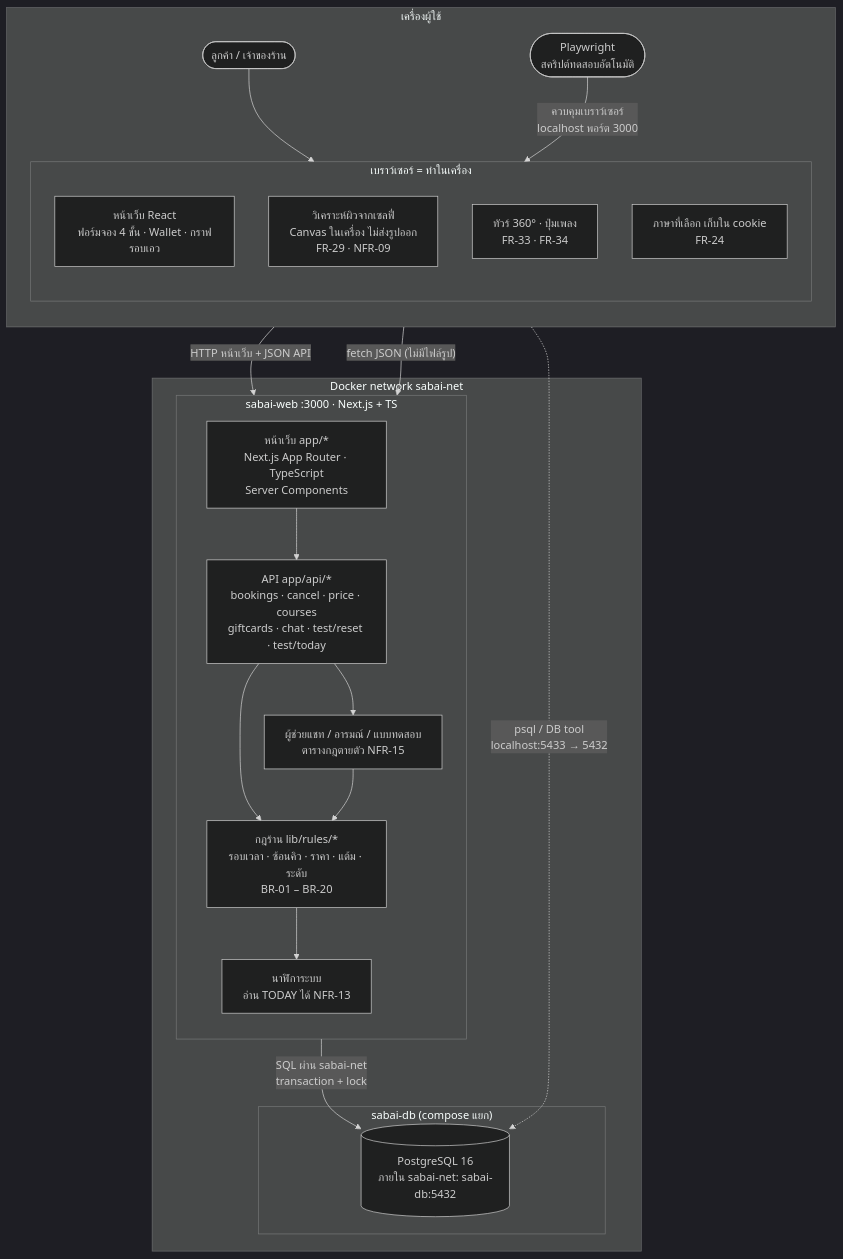
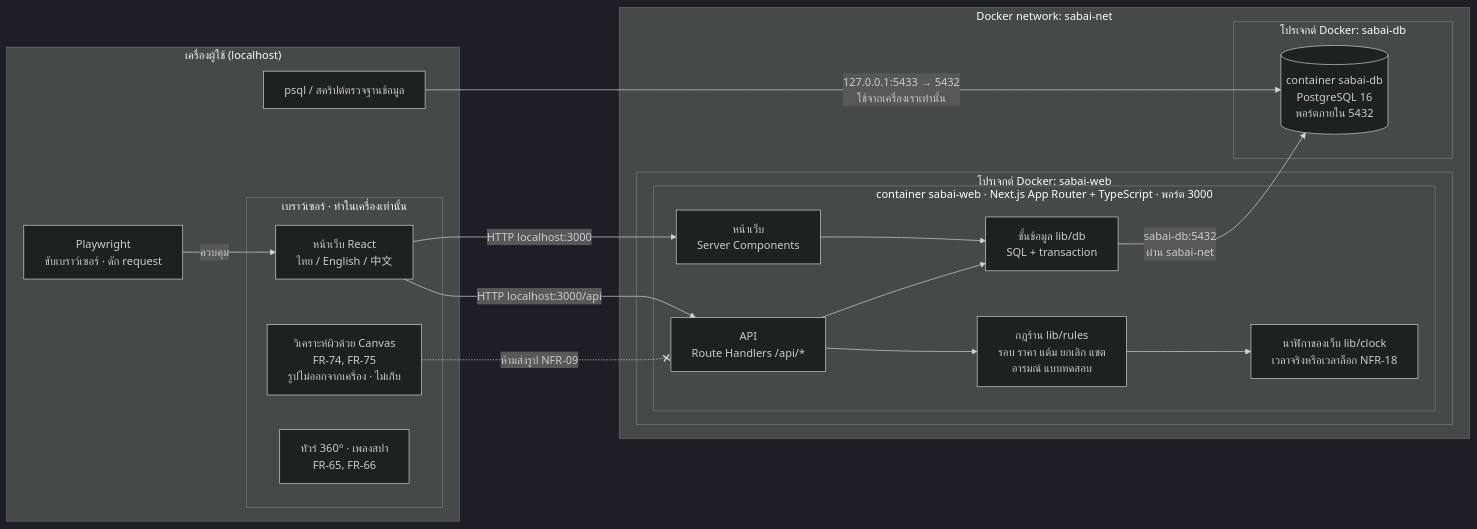
One commit to Tuchsanai/Teaching_CWN2026 changed the first of 10 diagrams in 00_week01/04_sabai-spa-web-and-testplan-from-interview/_solution/DESIGN.md. Above: the diagram before and after it, drawn with Mermaid (dark theme). The commit also changed other lines of this file and 1105 other files, not shown here.

````diff
--- a/00_week01/04_sabai-spa-web-and-testplan-from-interview/_solution/DESIGN.md
+++ b/00_week01/04_sabai-spa-web-and-testplan-from-interview/_solution/DESIGN.md
@@ -13,41 +16,43 @@
 ```mermaid
-flowchart TB
-    subgraph PC["เครื่องผู้ใช้"]
-        direction TB
-        U(["ลูกค้า / เจ้าของร้าน"])
-        PW(["Playwright<br/>สคริปต์ทดสอบอัตโนมัติ"])
-        subgraph BR["เบราว์เซอร์ = ทำในเครื่อง"]
-            direction TB
-            UI["หน้าเว็บ React<br/>ฟอร์มจอง 4 ขั้น · Wallet · กราฟรอบเอว"]
-            SKIN["วิเคราะห์ผิวจากเซลฟี่<br/>Canvas ในเครื่อง ไม่ส่งรูปออก<br/>FR-29 · NFR-09"]
-            LOCAL["ทัวร์ 360° · ปุ่มเพลง<br/>FR-33 · FR-34"]
-            LANG["ภาษาที่เลือก เก็บใน cookie<br/>FR-24"]
-        end
-        U --> BR
-        PW -->|"ควบคุมเบราว์เซอร์<br/>localhost พอร์ต 3000"| BR
+---
+config:
+  flowchart:
+    wrappingWidth: 500
+---
+flowchart LR
+  subgraph HOST["เครื่องผู้ใช้ (localhost)"]
+    PW["Playwright<br/>ขับเบราว์เซอร์ · ดัก request"]
+    TOOL["psql / สคริปต์ตรวจฐานข้อมูล"]
+    subgraph BROWSER["เบราว์เซอร์ · ทำในเครื่องเท่านั้น"]
+      UI["หน้าเว็บ React<br/>ไทย / English / 中文"]
+      SKIN["วิเคราะห์ผิวด้วย Canvas<br/>FR-74, FR-75<br/>รูปไม่ออกจากเครื่อง · ไม่เก็บ"]
+      MEDIA["ทัวร์ 360° · เพลงสปา<br/>FR-65, FR-66"]
     end
+  end
 
-    subgraph NET["Docker network sabai-net"]
-        subgraph WEB["sabai-web :3000 · Next.js + TS"]
-            direction TB
-            PAGES["หน้าเว็บ app/*<br/>Next.js App Router · TypeScript<br/>Server Components"]
-            API["API app/api/*<br/>bookings · cancel · price · courses<br/>giftcards · chat · test/reset · test/today"]
-            RULES["กฎร้าน lib/rules/*<br/>รอบเวลา · ซ้อนคิว · ราคา · แต้ม · ระดับ<br/>BR-01 – BR-20"]
-            BOT["ผู้ช่วยแชท / อารมณ์ / แบบทดสอบ<br/>ตารางกฎตายตัว NFR-15"]
-            CLOCK["นาฬิการะบบ<br/>อ่าน TODAY ได้ NFR-13"]
-            PAGES --> API
-            API --> RULES
-            API --> BOT
-            BOT --> RULES
-            RULES --> CLOCK
-        end
-        subgraph DBP["sabai-db (compose แยก)"]
-            DB[("PostgreSQL 16<br/>ภายใน sabai-net: sabai-db:5432")]
-        end
-        API -->|"SQL ผ่าน sabai-net<br/>transaction + lock"| DB
+  subgraph NET["Docker network: sabai-net"]
+    subgraph P1["โปรเจกต์ Docker: sabai-web"]
+      subgraph WEB["container sabai-web · Next.js App Router + TypeScript · พอร์ต 3000"]
+        PAGES["หน้าเว็บ<br/>Server Components"]
+        API["API<br/>Route Handlers /api/*"]
+        RULES["กฎร้าน lib/rules<br/>รอบ ราคา แต้ม ยกเลิก แชต<br/>อารมณ์ แบบทดสอบ"]
+        CLOCK["นาฬิกาของเว็บ lib/clock<br/>เวลาจริงหรือเวลาล็อก NFR-18"]
+        DATA["ชั้นข้อมูล lib/db<br/>SQL + transaction"]
+      end
     end
+    subgraph P2["โปรเจกต์ Docker: sabai-db"]
+      DB[("container sabai-db<br/>PostgreSQL 16<br/>พอร์ตภายใน 5432")]
+    end
+  end
 
-    BR -->|"HTTP หน้าเว็บ + JSON API"| PAGES
-    BR -->|"fetch JSON (ไม่มีไฟล์รูป)"| API
-    PC -.->|"psql / DB tool<br/>localhost:5433 → 5432"| DB
+  PW -->|"ควบคุม"| UI
+  UI -->|"HTTP localhost:3000"| PAGES
+  UI -->|"HTTP localhost:3000/api"| API
+  PAGES --> DATA
+  API --> RULES
+  API --> DATA
+  RULES --> CLOCK
+  DATA -->|"sabai-db:5432<br/>ผ่าน sabai-net"| DB
+  TOOL -->|"127.0.0.1:5433 → 5432<br/>ใช้จากเครื่องเราเท่านั้น"| DB
+  SKIN -.-x|"ห้ามส่งรูป NFR-09"| API
 ```
````
